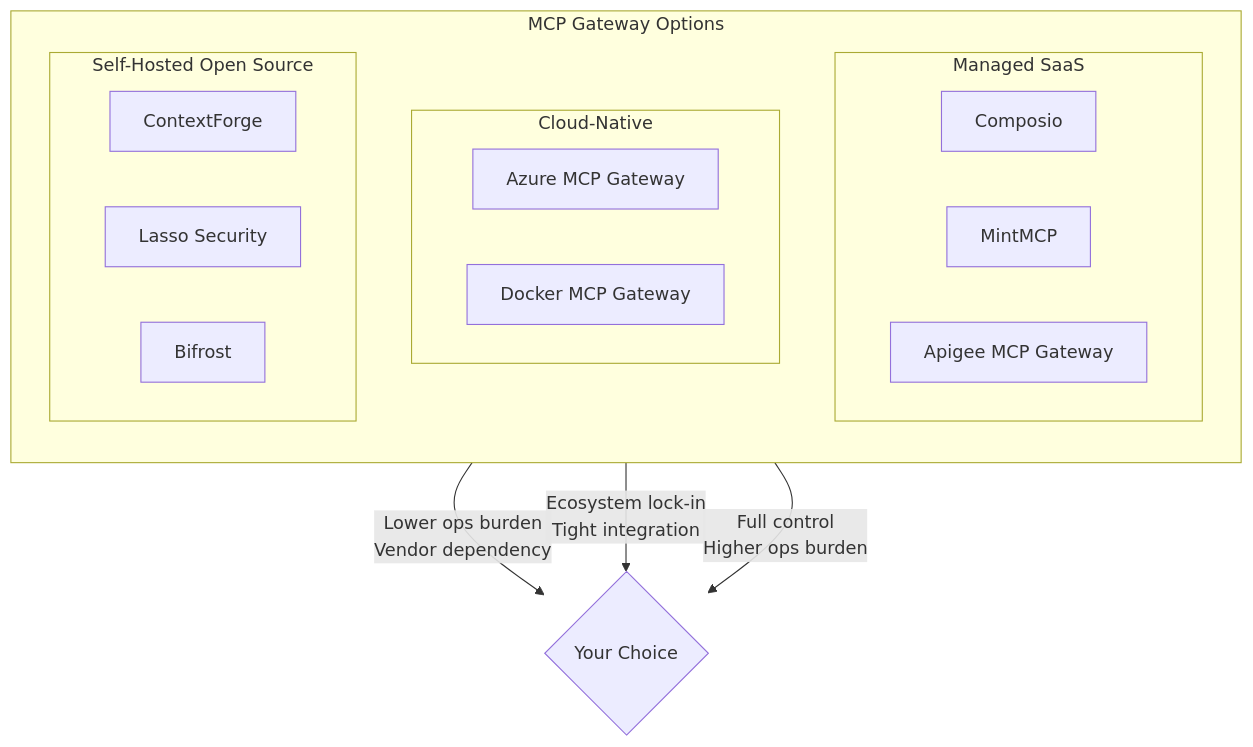
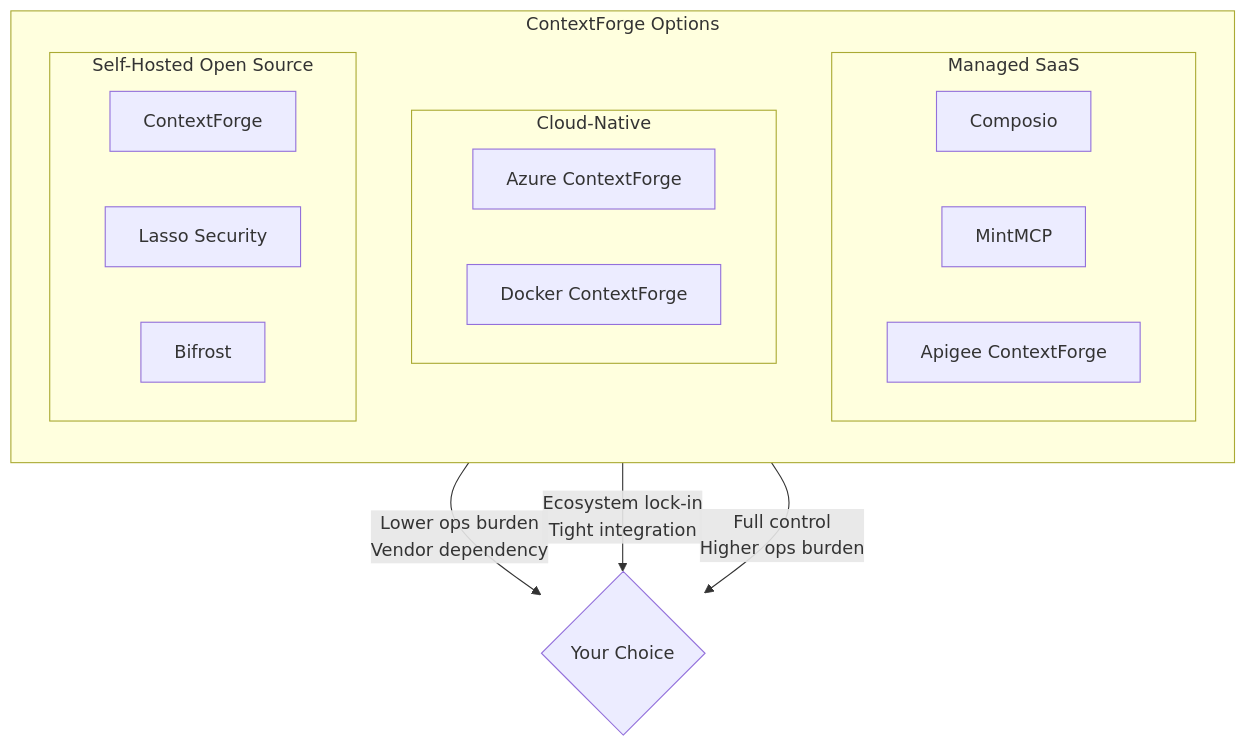
Before and after one commit to tedhabeck/mcp-context-forge: the first of 5 diagrams in docs/docs/best-practices/selecting-an-mcp-gateway.md, drawn with Mermaid. The commit also changed other lines of this file and 583 other files, not shown here.

First line of the commit message:
docs: rebrand to ContextForge AI Gateway (#3091)

````diff
--- a/docs/docs/best-practices/selecting-an-mcp-gateway.md
+++ b/docs/docs/best-practices/selecting-an-mcp-gateway.md
@@ -19,24 +19,24 @@
 ```mermaid
 flowchart TB
-    subgraph "MCP Gateway Options"
+    subgraph "ContextForge Options"
         direction TB
         subgraph managed["Managed SaaS"]
             composio["Composio"]
             mintmcp["MintMCP"]
-            apigee["Apigee MCP Gateway"]
+            apigee["Apigee ContextForge"]
         end
         subgraph cloud["Cloud-Native"]
-            azure["Azure MCP Gateway"]
-            docker["Docker MCP Gateway"]
+            azure["Azure ContextForge"]
+            docker["Docker ContextForge"]
         end
         subgraph selfhosted["Self-Hosted Open Source"]
             contextforge["ContextForge"]
             lasso["Lasso Security"]
             bifrost["Bifrost"]
         end
     end
 
     managed --> |"Lower ops burden<br>Vendor dependency"| decision{Your Choice}
     cloud --> |"Ecosystem lock-in<br>Tight integration"| decision
     selfhosted --> |"Full control<br>Higher ops burden"| decision
 ```
````
